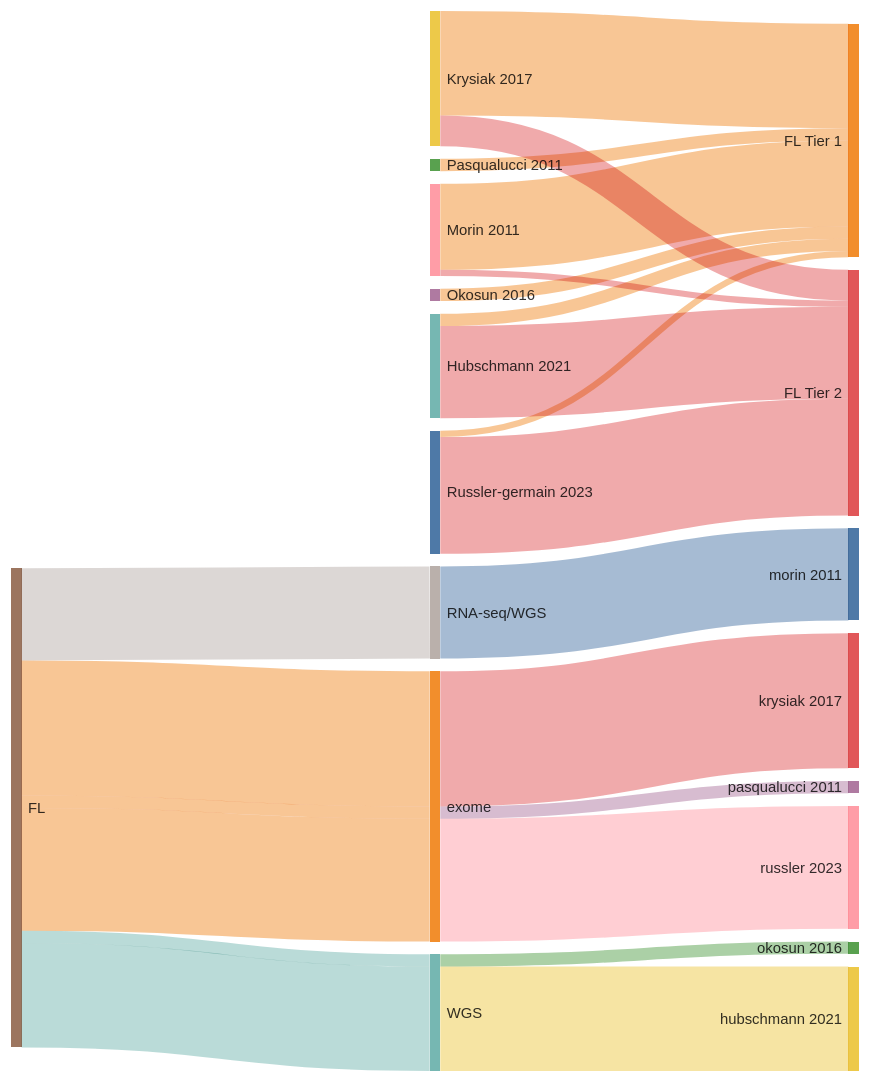
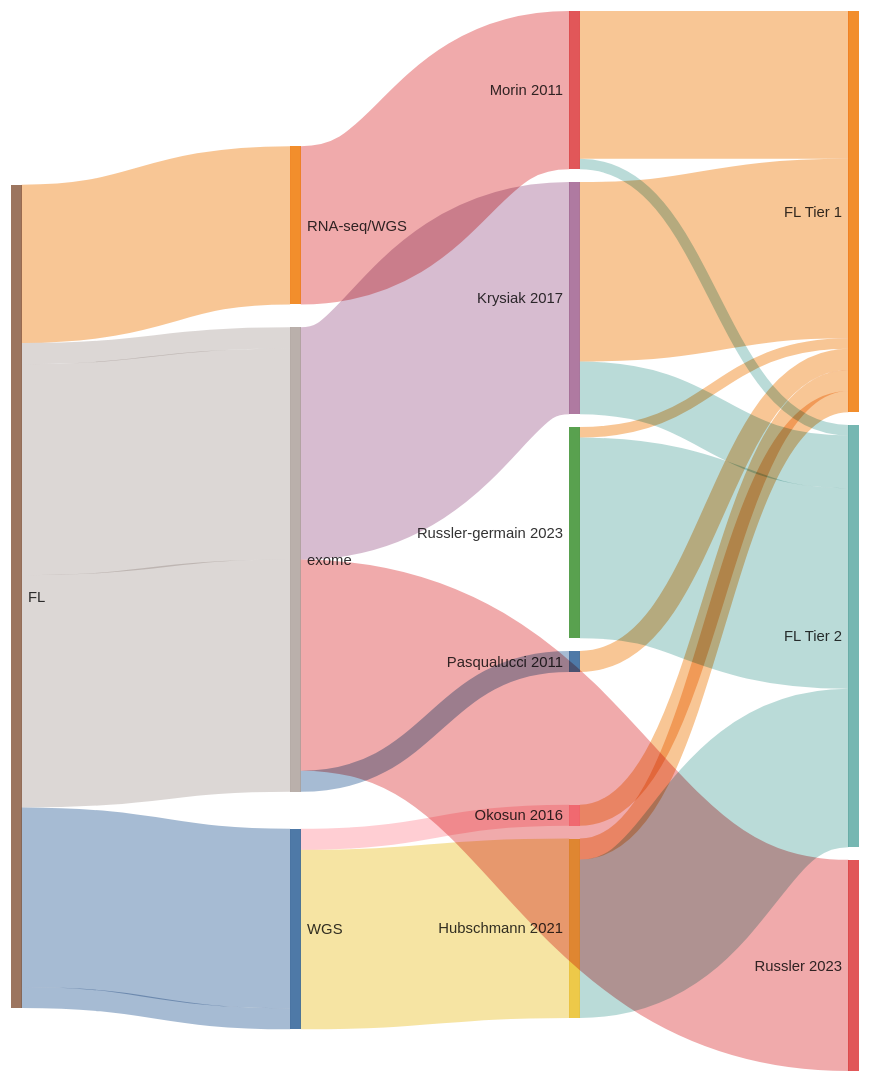
Before and after one commit to morinlab/lymphopedia: the diagram in FL_sankey.md, drawn with Mermaid. The commit also changed 2 other files, not shown here.

````diff
--- a/FL_sankey.md
+++ b/FL_sankey.md
@@ -1,34 +1,34 @@
 ```mermaid
 ---
 config:
   sankey:
     showValues: false
     linkColor: target
     width: 800
     height: 1000
     nodeAlignment: right
 ---
 sankey-beta
+Pasqualucci 2011, FL Tier 1, 2
+Morin 2011, FL Tier 1, 14
+Morin 2011, FL Tier 2, 1
 Russler-germain 2023, FL Tier 1, 1
 Russler-germain 2023, FL Tier 2, 19
 Hubschmann 2021, FL Tier 1, 2
 Hubschmann 2021, FL Tier 2, 15
-Pasqualucci 2011, FL Tier 1, 2
 Krysiak 2017, FL Tier 1, 17
 Krysiak 2017, FL Tier 2, 5
 Okosun 2016, FL Tier 1, 2
-Morin 2011, FL Tier 1, 14
-Morin 2011, FL Tier 2, 1
+FL, exome, 2
+exome, Pasqualucci 2011, 2
+FL, WGS, 17
+WGS, Hubschmann 2021, 17
 FL, RNA-seq/WGS, 15
-RNA-seq/WGS, morin 2011, 15
+RNA-seq/WGS, Morin 2011, 15
+FL, exome, 20
+exome, Russler 2023, 20
+FL, WGS, 2
+WGS, Okosun 2016, 2
 FL, exome, 22
-exome, krysiak 2017, 22
-FL, WGS, 2
-WGS, okosun 2016, 2
-FL, WGS, 17
-WGS, hubschmann 2021, 17
-FL, exome, 2
-exome, pasqualucci 2011, 2
-FL, exome, 20
-exome, russler 2023, 20
+exome, Krysiak 2017, 22
 ```
````
